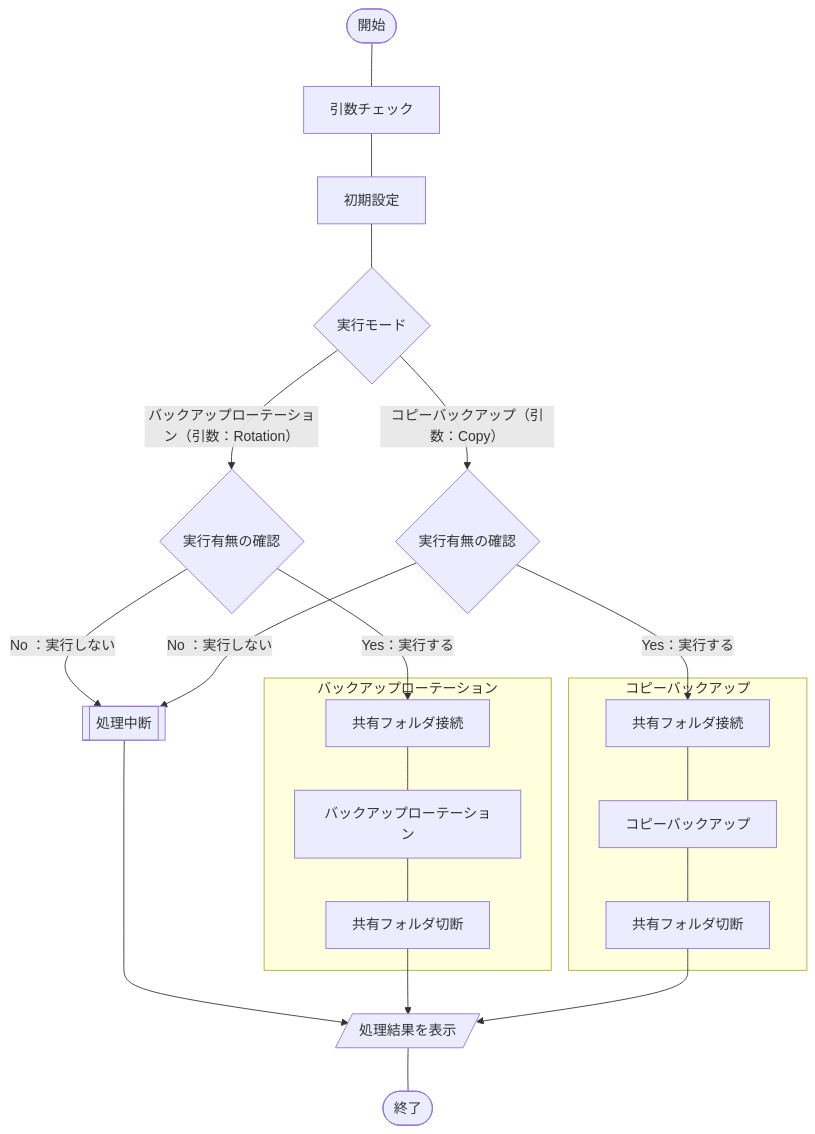
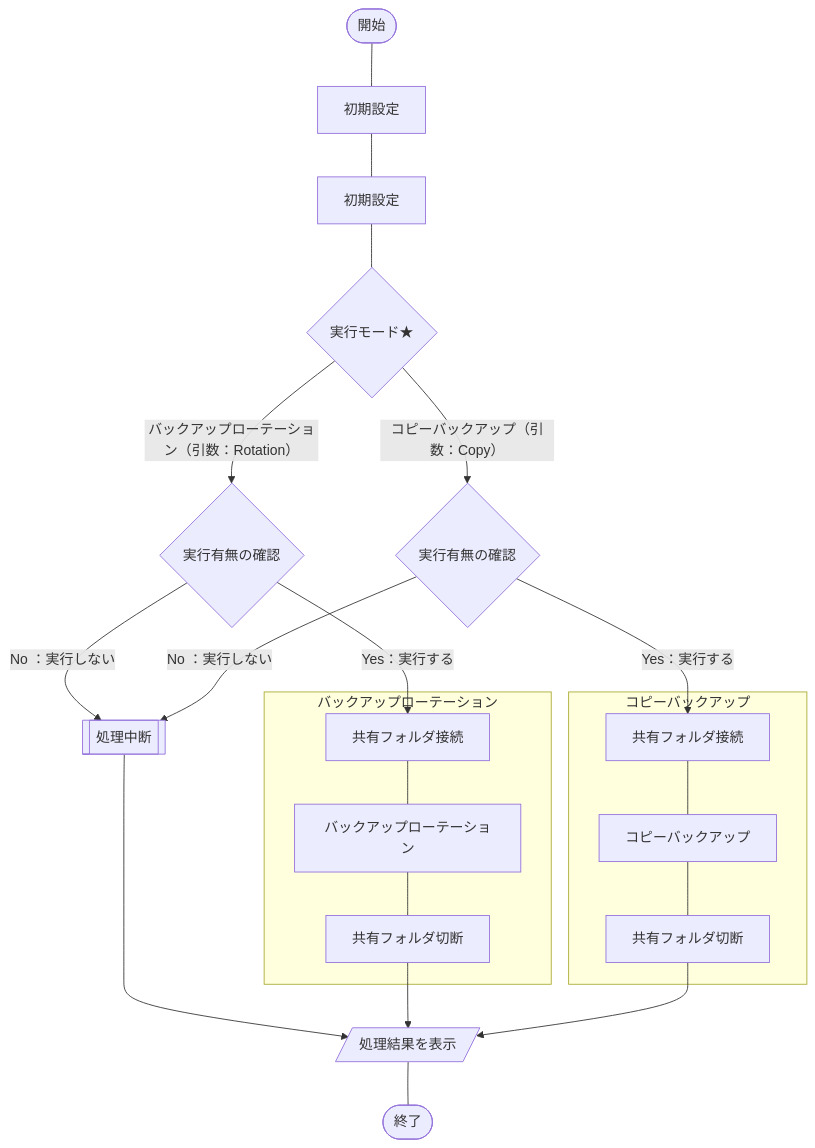
The diagram in articles/a77765dd56f202.md (akiGAMEBOY/haretokidoki_zn), drawn with Mermaid before and after one commit. The commit also changed other lines of this file, not shown here.

````diff
--- a/articles/a77765dd56f202.md
+++ b/articles/a77765dd56f202.md
@@ -50,24 +35,24 @@
 ```mermaid
 flowchart TB
-    A(["開始"]) --- B["引数チェック"]
+    A(["開始"]) --- B["初期設定"]
     B --- C["初期設定"]
-    C --- D{"実行モード"}
+    C --- D{"実行モード★"}
     D --> |"バックアップローテーション（引数：Rotation）"| E{"実行有無の確認"}
     E --> |"Yes：実行する"| F["共有フォルダ接続"]
     E --> |"No ：実行しない"| M[["処理中断"]]
     D --> |"コピーバックアップ（引数：Copy）"| I{"実行有無の確認"}
     I --> |"Yes：実行する"| J["共有フォルダ接続"]
     I --> |"No ：実行しない"| M[["処理中断"]]
     subgraph "バックアップローテーション"
     F --- G["バックアップローテーション"]
     G --- H["共有フォルダ切断"]
     end
     subgraph "コピーバックアップ"
     J --- K["コピーバックアップ"]
     K --- L["共有フォルダ切断"]
     end
     M -->  O[/"処理結果を表示"/]
     H -->  O
     L -->  O
     O --- P(["終了"])
 ```
````
